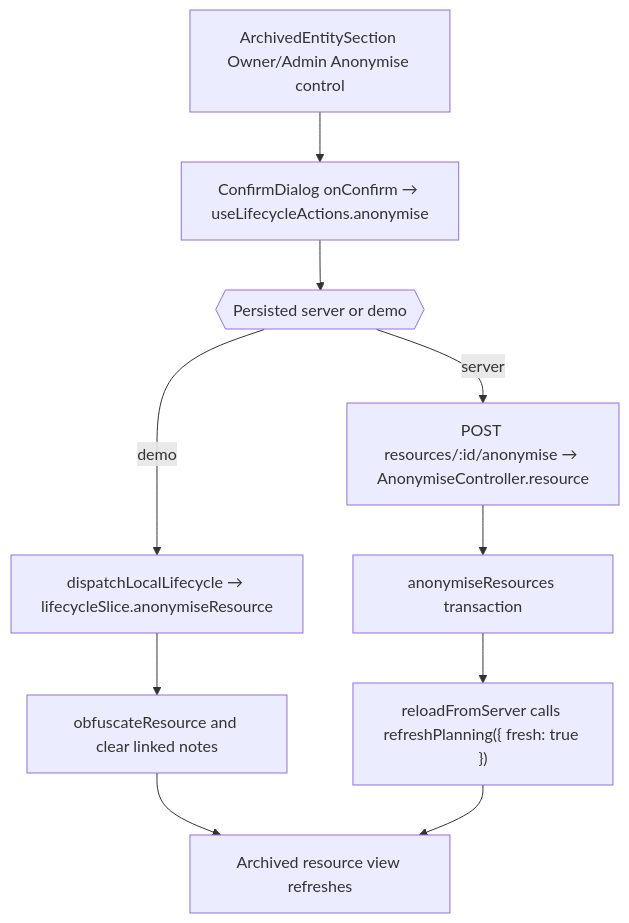
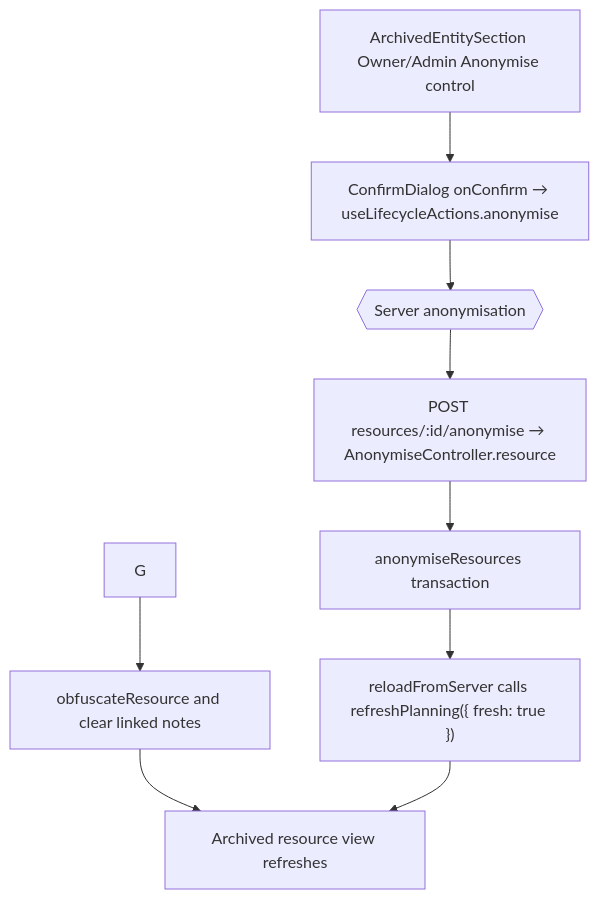
The second of 2 diagrams in user-stories/resources/US-RES-16-anonymise-resource.md (Kevinjohn/capacitylens), drawn with Mermaid before and after one commit. The commit also changed other lines of this file and 343 other files, not shown here.

Commit message:
feat: use server-owned company planning and a disposable development demo

````diff
--- a/user-stories/resources/US-RES-16-anonymise-resource.md
+++ b/user-stories/resources/US-RES-16-anonymise-resource.md
@@ -28,10 +28,9 @@
 ```mermaid
 flowchart TD
   A["ArchivedEntitySection Owner/Admin Anonymise control"] --> B["ConfirmDialog onConfirm → useLifecycleActions.anonymise"]
-  B --> C{{"Persisted server or demo"}}
-  C -->|server| D["POST resources/:id/anonymise → AnonymiseController.resource"] --> E["anonymiseResources transaction"] --> F["reloadFromServer calls refreshPlanning({ fresh: true })"]
-  C -->|demo| G["dispatchLocalLifecycle → lifecycleSlice.anonymiseResource"]
+  B --> C{{"Server anonymisation"}}
+  C --> D["POST resources/:id/anonymise → AnonymiseController.resource"] --> E["anonymiseResources transaction"] --> F["reloadFromServer calls refreshPlanning({ fresh: true })"]
   G --> H["obfuscateResource and clear linked notes"]
   H --> I["Archived resource view refreshes"]
   F --> I
 ```
````
